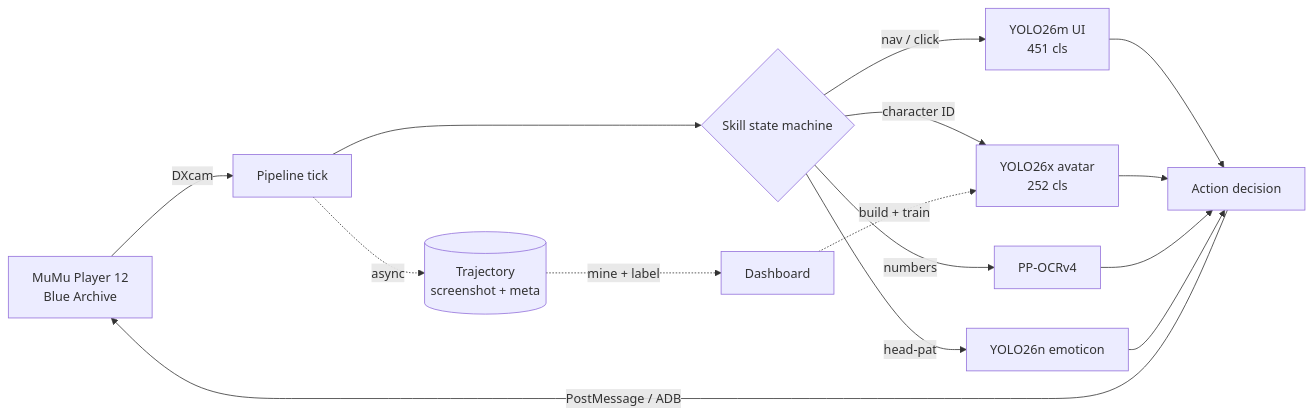
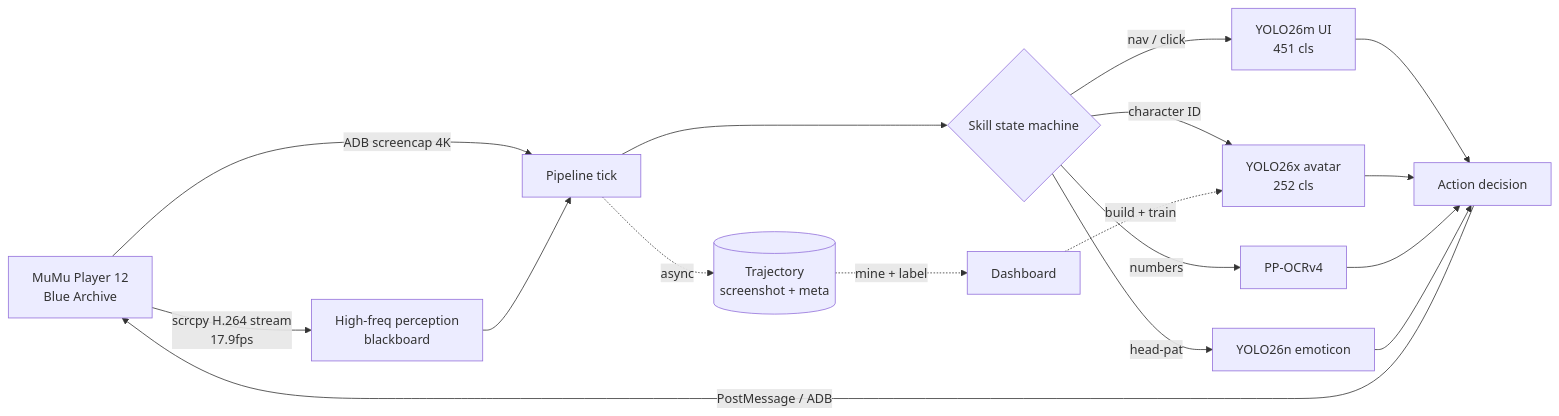
Before and after one commit to C0k11/blue-archive-assistant: the diagram in README.md, drawn with Mermaid. The commit also changed other lines of this file and 3 other files, not shown here.

````diff
--- a/README.md
+++ b/README.md
@@ -27,17 +28,19 @@
 ```mermaid
 flowchart LR
-    A[MuMu Player 12<br/>Blue Archive] -->|DXcam| B[Pipeline tick]
+    A[MuMu Player 12<br/>Blue Archive] -->|ADB screencap 4K| B[Pipeline tick]
+    A -->|scrcpy H.264 stream<br/>17.9fps| HF[High-freq perception<br/>blackboard]
+    HF --> B
     B --> C{Skill state machine}
     C -->|nav / click| UI[YOLO26m UI<br/>451 cls]
     C -->|character ID| AV[YOLO26x avatar<br/>252 cls]
     C -->|numbers| O[PP-OCRv4]
     C -->|head-pat| EM[YOLO26n emoticon]
     UI --> D[Action decision]
     AV --> D
     O --> D
     EM --> D
     D -->|PostMessage / ADB| A
     B -.async.-> J[(Trajectory<br/>screenshot + meta)]
     J -.mine + label.-> K[Dashboard]
     K -.build + train.-> AV
 ```
````
